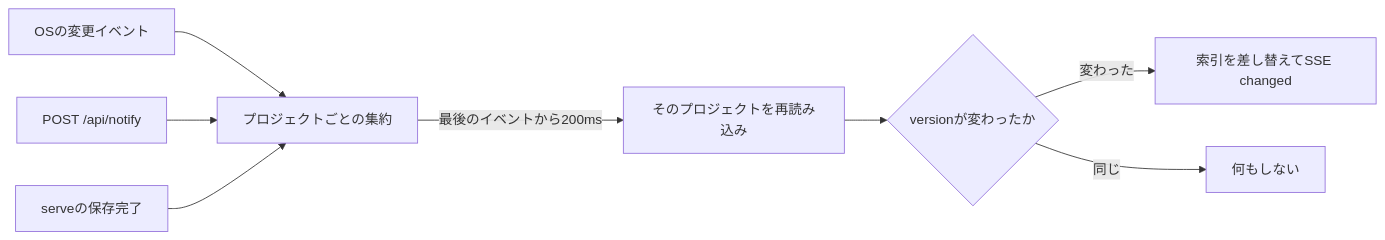
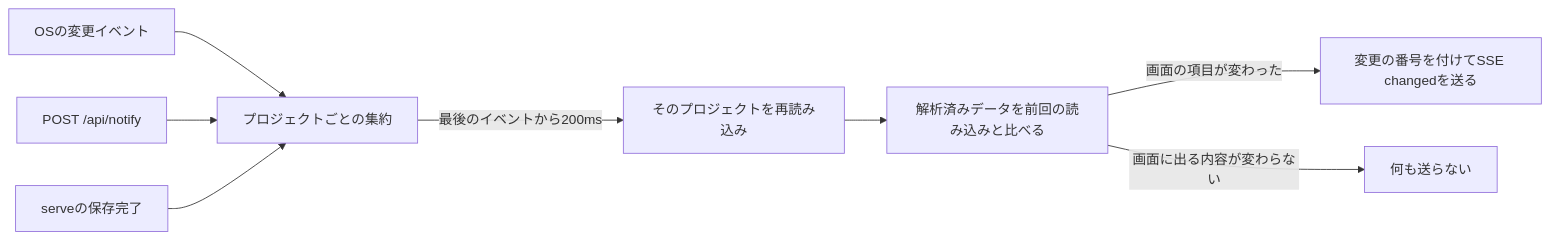
One commit to FooQoo/agent-board changed the diagram in docs/ja/dev/concepts/notifications.md. Above: the diagram before and after it, drawn with Mermaid. The commit also changed other lines of this file and 17 other files, not shown here.

First line of the commit message:
docs: describe the Summary and Detail data flow in the English and Japanese pages

````diff
--- a/docs/ja/dev/concepts/notifications.md
+++ b/docs/ja/dev/concepts/notifications.md
@@ -9,10 +13,10 @@
 ```mermaid
 flowchart LR
   W[OSの変更イベント] --> Q[プロジェクトごとの集約]
   N[POST /api/notify] --> Q
   S[serveの保存完了] --> Q
   Q -->|最後のイベントから200ms| R[そのプロジェクトを再読み込み]
-  R --> V{versionが変わったか}
-  V -->|変わった| B[索引を差し替えてSSE changed]
-  V -->|同じ| X[何もしない]
+  R --> D[解析済みデータを前回の読み込みと比べる]
+  D -->|画面の項目が変わった| F[変更の番号を付けてSSE changedを送る]
+  D -->|画面に出る内容が変わらない| X[何も送らない]
 ```
````
